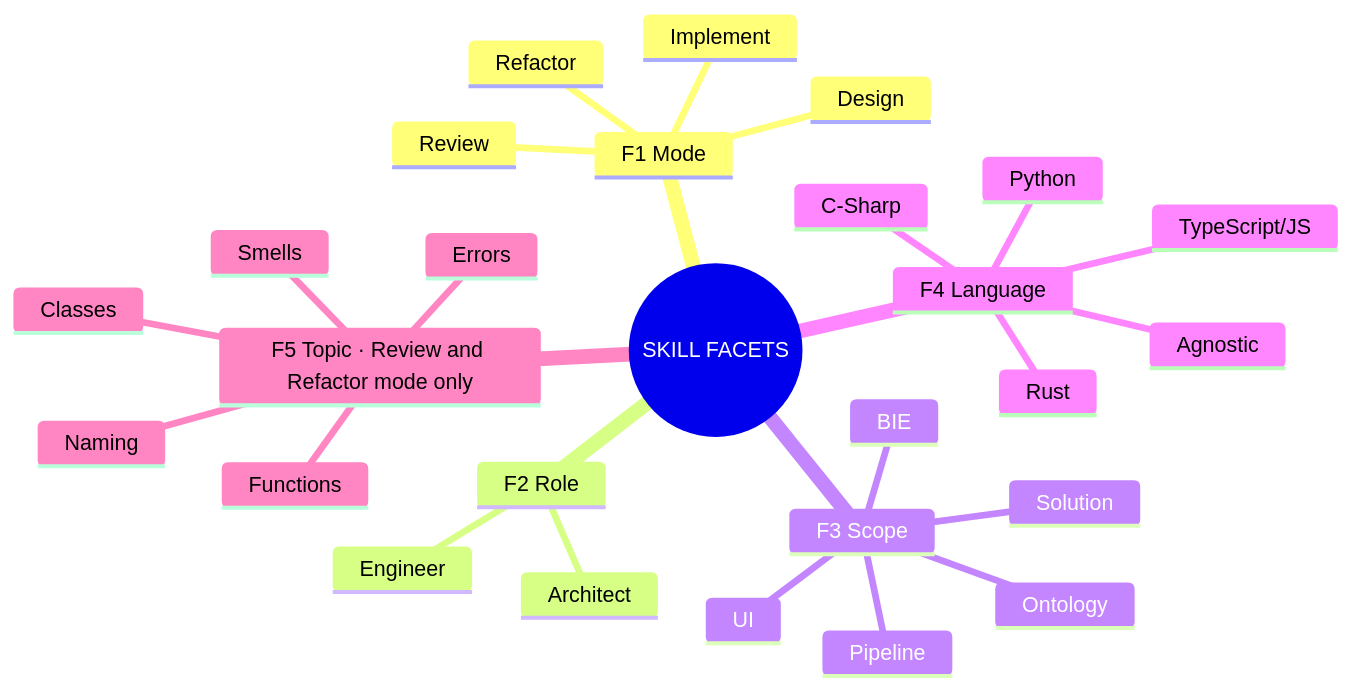
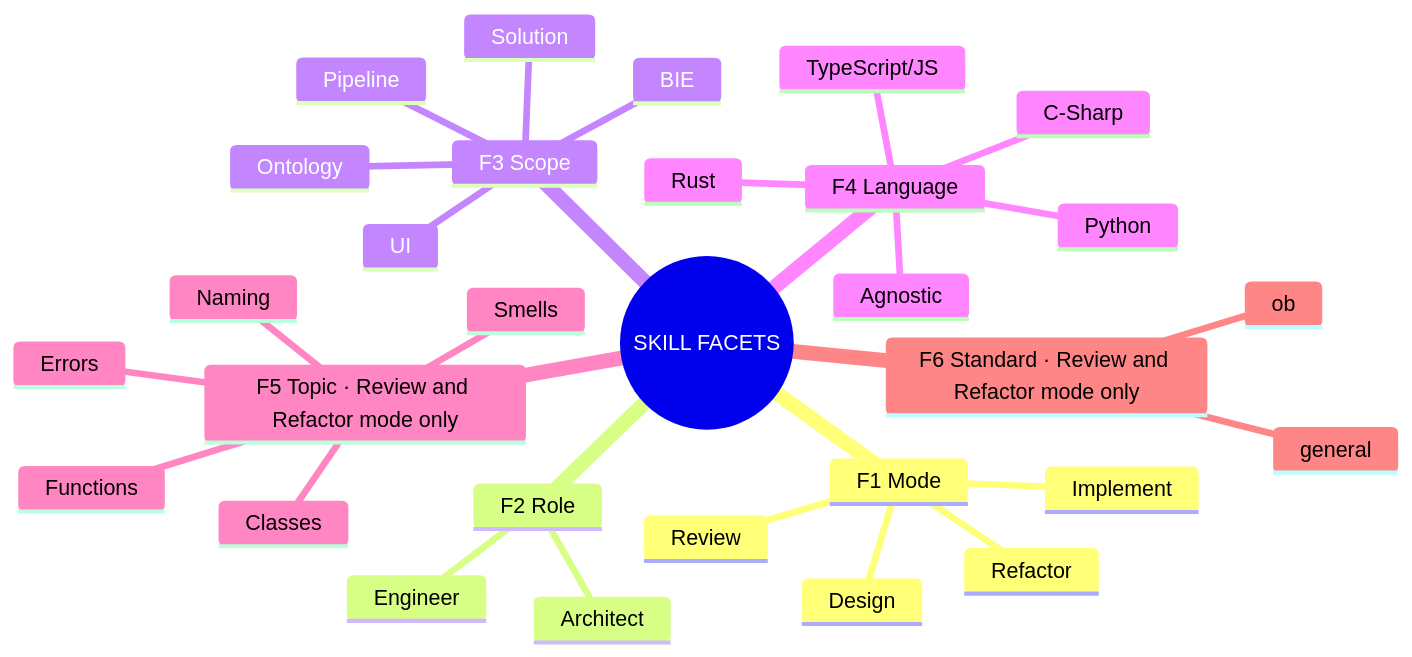
One commit to OntoLedgy/ol_ai_context_library changed the first of 3 diagrams in skills/SKILL-ARCHITECTURE.md. Above: the diagram before and after it, drawn with Mermaid. The commit also changed other lines of this file and 16 other files, not shown here.

````diff
--- a/skills/SKILL-ARCHITECTURE.md
+++ b/skills/SKILL-ARCHITECTURE.md
@@ -9,30 +9,33 @@
 ```mermaid
 mindmap
   root((SKILL FACETS))
     F1 Mode
       Design
       Implement
       Review
       Refactor
     F2 Role
       Architect
       Engineer
     F3 Scope
       Solution
       Ontology
       Pipeline
       UI
       BIE
     F4 Language
       Agnostic
       Python
       TypeScript/JS
       C-Sharp
       Rust
     F5 Topic · Review and Refactor mode only
       Functions
       Classes
       Naming
       Errors
       Smells
+    F6 Standard · Review and Refactor mode only
+      general
+      ob
 ```
````
